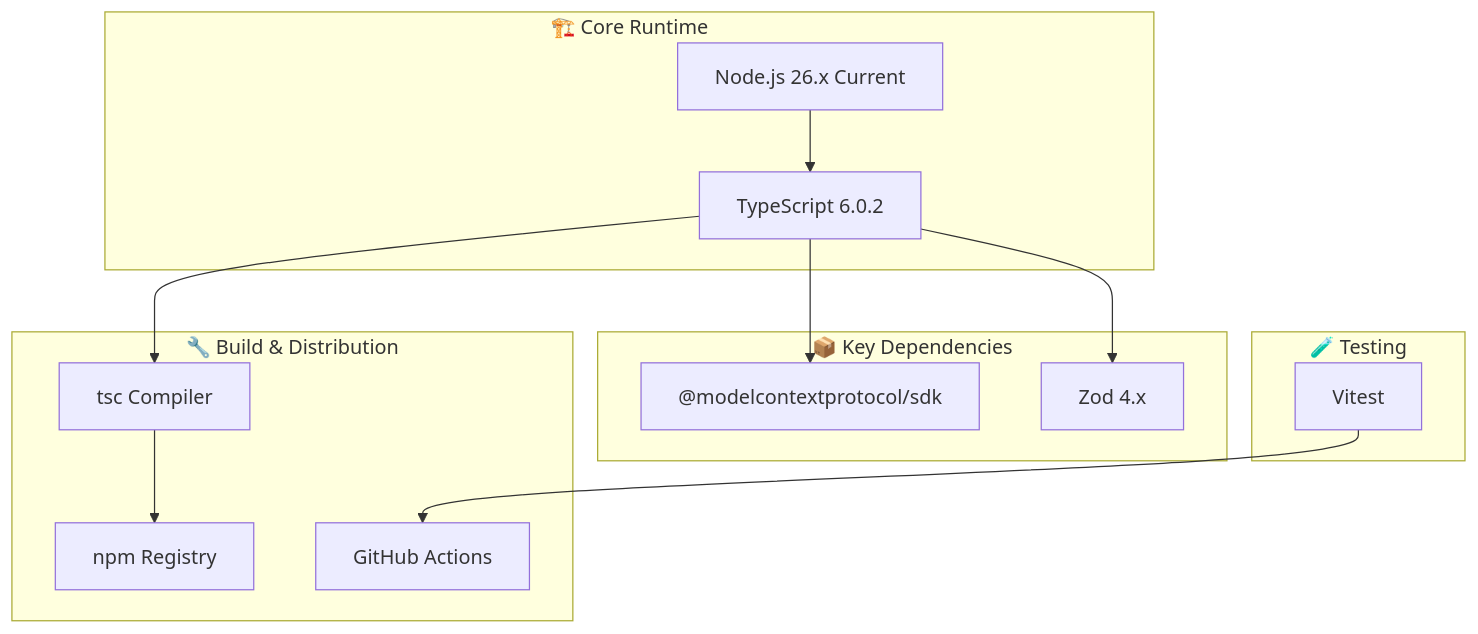
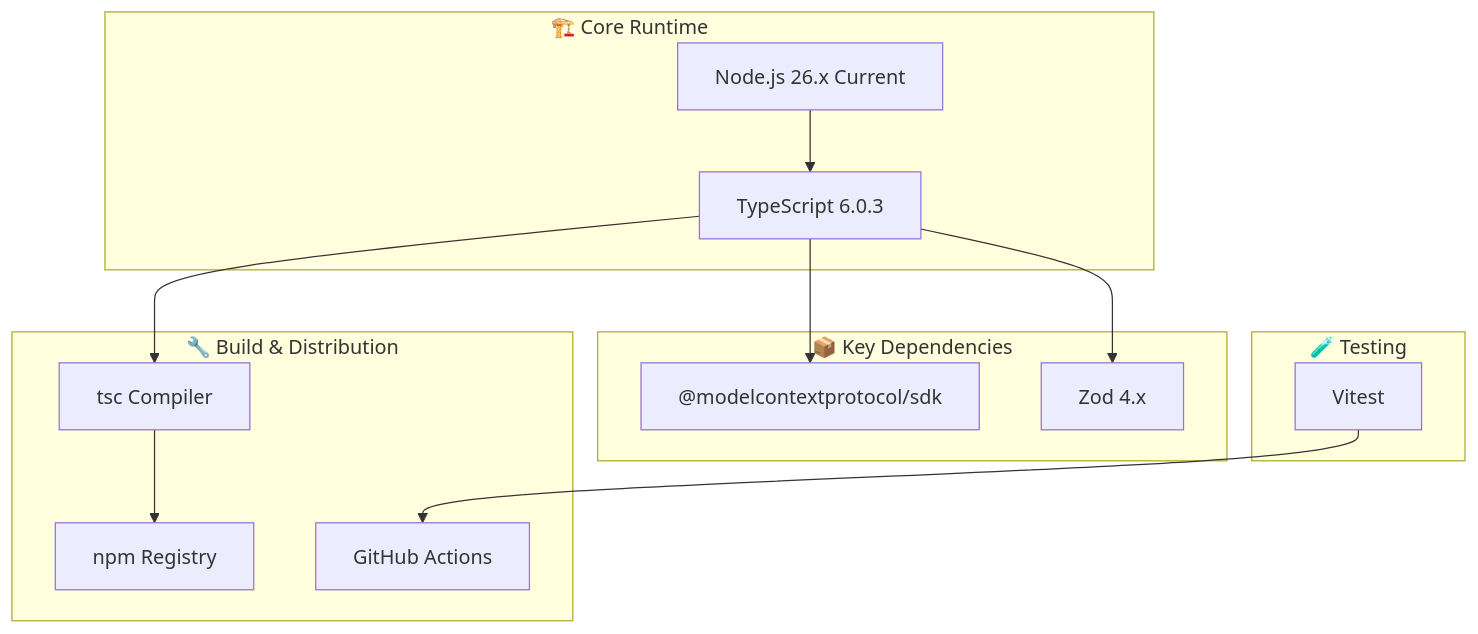
The first of 2 diagrams in End-of-Life-Strategy.md (Hack23/European-Parliament-MCP-Server), drawn with Mermaid before and after one commit. The commit also changed other lines of this file and 2 other files, not shown here.

First line of the commit message:
docs: fix TypeScript version 6.0.2→6.0.3 in WORKFLOWS, ARCHITECTURE, End-of-Life-Strategy; update stale dep versions in ARCHITECTURE tech stack table

````diff
--- a/End-of-Life-Strategy.md
+++ b/End-of-Life-Strategy.md
@@ -64,23 +64,23 @@
 ```mermaid
 graph TB
     subgraph "🏗️ Core Runtime"
         NODE[Node.js 26.x Current]
-        TS[TypeScript 6.0.2]
+        TS[TypeScript 6.0.3]
     end
     subgraph "📦 Key Dependencies"
         MCP["@modelcontextprotocol/sdk"]
         ZOD[Zod 4.x]
     end
     subgraph "🧪 Testing"
         VIT[Vitest]
     end
     subgraph "🔧 Build & Distribution"
         NPM[npm Registry]
         GHA[GitHub Actions]
         TSC[tsc Compiler]
     end
 
     NODE --> TS --> MCP & ZOD
     TS --> TSC --> NPM
     VIT --> GHA
 ```
````
